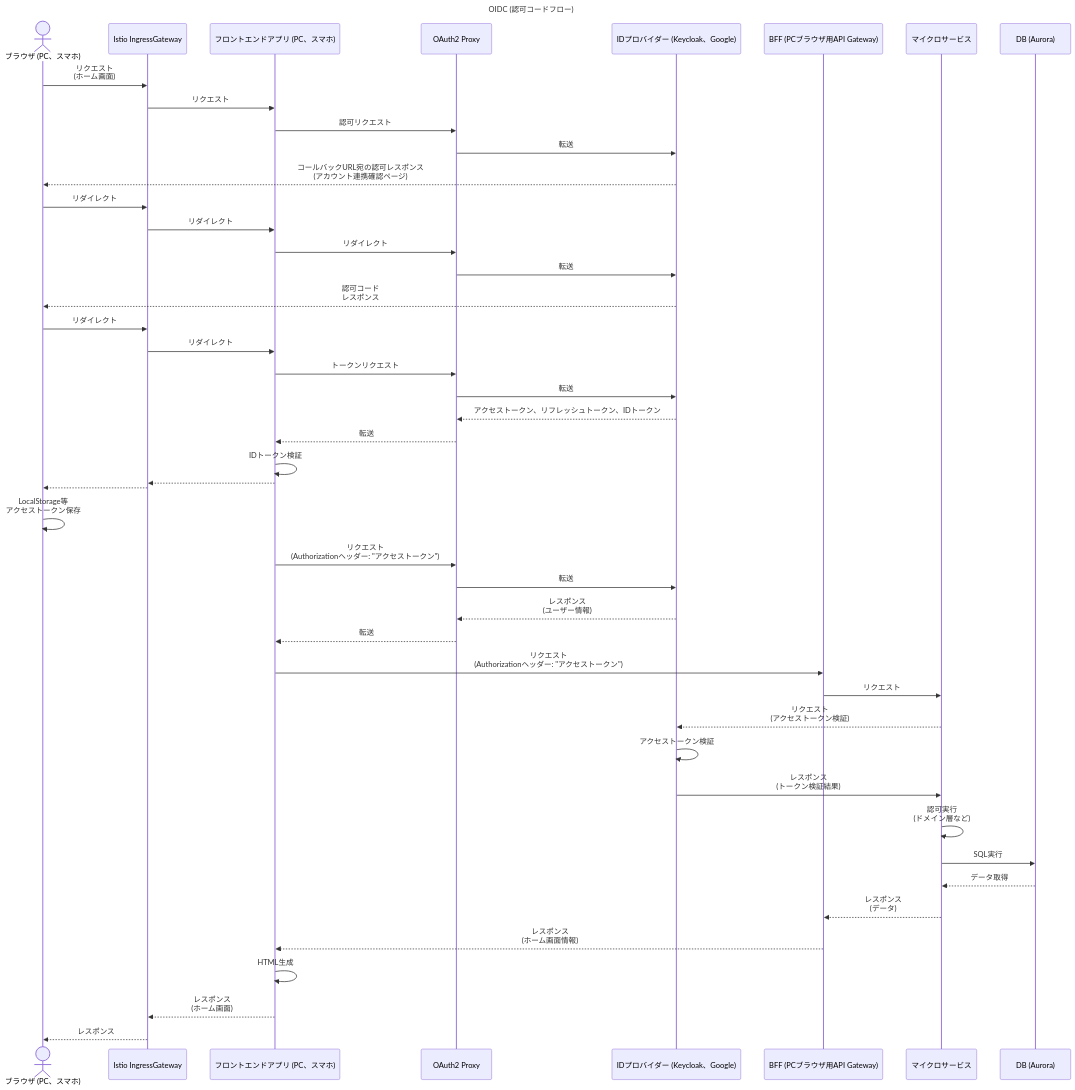
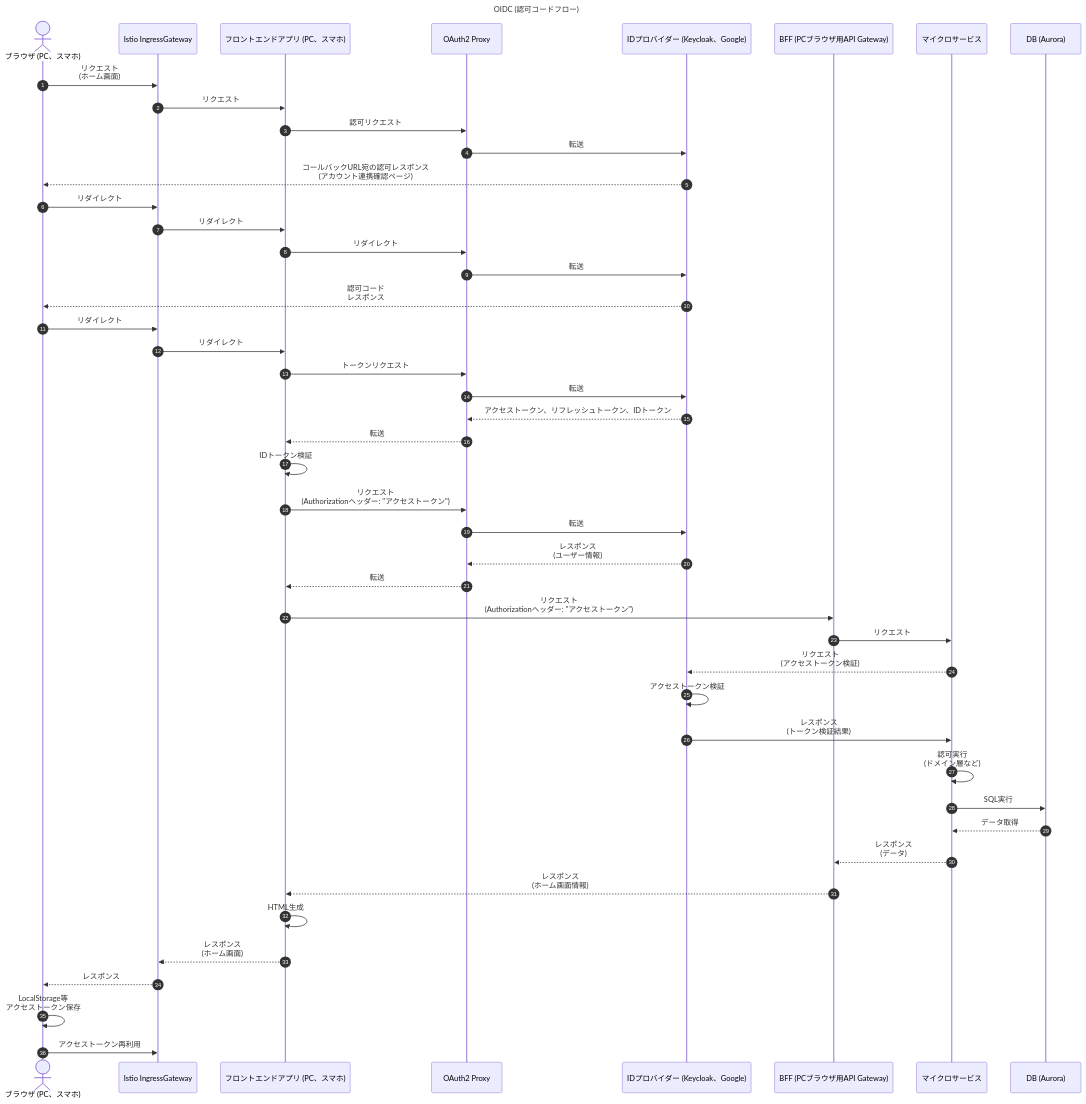
One commit to hiroki-it/hatenablog changed the diagram in dist/draft/【Kubernetes☸️】CNCFとAWSを組み合わせたマイクロサービスアーキテクチャ設計の考察.md. Above: the diagram before and after it, drawn with Mermaid.

Commit message:
update 記事を更新した。

````diff
--- a/dist/draft/【Kubernetes☸️】CNCFとAWSを組み合わせたマイクロサービスアーキテクチャ設計の考察.md
+++ b/dist/draft/【Kubernetes☸️】CNCFとAWSを組み合わせたマイクロサービスアーキテクチャ設計の考察.md
@@ -68,82 +68,83 @@
 ```mermaid
 ---
 title: OIDC (認可コードフロー)
 ---
 sequenceDiagram
+
+autonumber
 
     actor ブラウザ (PC、スマホ)
 
     ブラウザ (PC、スマホ) ->> Istio IngressGateway: リクエスト<br>(ホーム画面)
 
     Istio IngressGateway ->> フロントエンドアプリ (PC、スマホ) : リクエスト
 
     フロントエンドアプリ (PC、スマホ) ->> OAuth2 Proxy: 認可リクエスト
 
     OAuth2 Proxy ->> IDプロバイダー (Keycloak、Google) : 転送
 
     IDプロバイダー (Keycloak、Google) -->> ブラウザ (PC、スマホ) : コールバックURL宛の認可レスポンス<br>(アカウント連携確認ページ)
 
     ブラウザ (PC、スマホ) ->> Istio IngressGateway: リダイレクト
 
     Istio IngressGateway ->> フロントエンドアプリ (PC、スマホ) : リダイレクト
 
     フロントエンドアプリ (PC、スマホ) ->> OAuth2 Proxy: リダイレクト
 
     OAuth2 Proxy ->> IDプロバイダー (Keycloak、Google) : 転送
 
     IDプロバイダー (Keycloak、Google) -->> ブラウザ (PC、スマホ) : 認可コード<br>レスポンス
 
     ブラウザ (PC、スマホ) ->> Istio IngressGateway: リダイレクト
 
     Istio IngressGateway ->> フロントエンドアプリ (PC、スマホ) : リダイレクト
 
     フロントエンドアプリ (PC、スマホ) ->> OAuth2 Proxy: トークンリクエスト
 
     OAuth2 Proxy ->> IDプロバイダー (Keycloak、Google) : 転送
 
     IDプロバイダー (Keycloak、Google) -->> OAuth2 Proxy : アクセストークン、リフレッシュトークン、IDトークン
 
     OAuth2 Proxy -->> フロントエンドアプリ (PC、スマホ) : 転送
 
     フロントエンドアプリ (PC、スマホ) ->> フロントエンドアプリ (PC、スマホ) : IDトークン検証
 
-    フロントエンドアプリ (PC、スマホ) -->> Istio IngressGateway : 
-
-    Istio IngressGateway -->> ブラウザ (PC、スマホ) : 
-
-    ブラウザ (PC、スマホ) ->> ブラウザ (PC、スマホ) : LocalStorage等<br>アクセストークン保存
-
     フロントエンドアプリ (PC、スマホ) ->> OAuth2 Proxy: リクエスト<br>(Authorizationヘッダー: "アクセストークン")
 
     OAuth2 Proxy ->> IDプロバイダー (Keycloak、Google) : 転送
 
     IDプロバイダー (Keycloak、Google) -->> OAuth2 Proxy : レスポンス<br>(ユーザー情報)
 
     OAuth2 Proxy -->> フロントエンドアプリ (PC、スマホ) : 転送
 
     フロントエンドアプリ (PC、スマホ) ->> BFF (PCブラウザ用API Gateway): リクエスト<br>(Authorizationヘッダー: "アクセストークン")
 
     BFF (PCブラウザ用API Gateway) ->> マイクロサービス : リクエスト
 
     マイクロサービス -->> IDプロバイダー (Keycloak、Google) : リクエスト<br>(アクセストークン検証)
 
     IDプロバイダー (Keycloak、Google) ->> IDプロバイダー (Keycloak、Google) : アクセストークン検証
 
     IDプロバイダー (Keycloak、Google) ->> マイクロサービス : レスポンス<br>(トークン検証結果)
 
     マイクロサービス ->> マイクロサービス : 認可実行<br>(ドメイン層など)
 
     マイクロサービス ->> DB (Aurora): SQL実行
 
     DB (Aurora) -->> マイクロサービス : データ取得
 
     マイクロサービス -->> BFF (PCブラウザ用API Gateway) : レスポンス<br>(データ)
 
     BFF (PCブラウザ用API Gateway) -->> フロントエンドアプリ (PC、スマホ) : レスポンス<br>(ホーム画面情報)
 
     フロントエンドアプリ (PC、スマホ) ->> フロントエンドアプリ (PC、スマホ) : HTML生成
 
     フロントエンドアプリ (PC、スマホ) -->> Istio IngressGateway: レスポンス<br>(ホーム画面)
 
     Istio IngressGateway -->> ブラウザ (PC、スマホ): レスポンス
+
+    ブラウザ (PC、スマホ) ->> ブラウザ (PC、スマホ) : LocalStorage等<br>アクセストークン保存
+
+    ブラウザ (PC、スマホ) ->> Istio IngressGateway : アクセストークン再利用
+    
 ```
````
